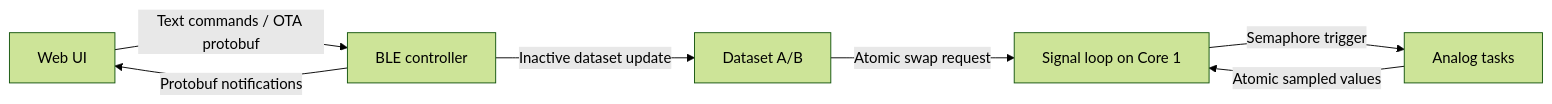
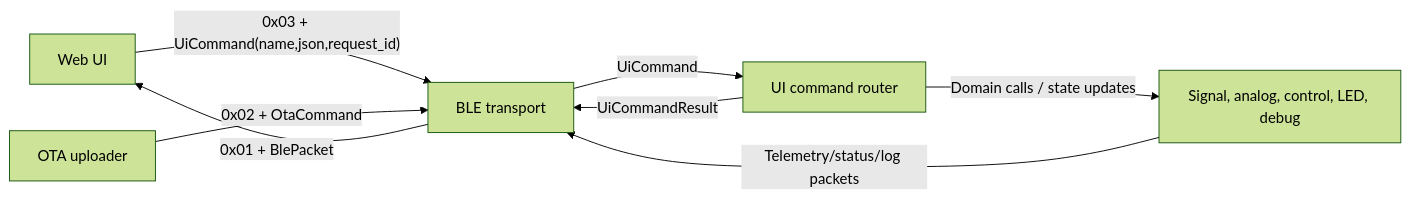
The diagram in embedded/esp32_idf/docs/CODE_DESIGN_ANALYSIS_REPORT.md (danielvie/doutorado), drawn with Mermaid (forest theme) before and after one commit. The commit also changed other lines of this file, not shown here.

````diff
--- a/embedded/esp32_idf/docs/CODE_DESIGN_ANALYSIS_REPORT.md
+++ b/embedded/esp32_idf/docs/CODE_DESIGN_ANALYSIS_REPORT.md
@@ -26,9 +29,10 @@
 ```mermaid
 flowchart LR
-    UI["Web UI"] -->|"Text commands / OTA protobuf"| BLE["BLE controller"]
-    BLE -->|"Inactive dataset update"| DS["Dataset A/B"]
-    DS -->|"Atomic swap request"| SIG["Signal loop on Core 1"]
-    ADC["Analog tasks"] -->|"Atomic sampled values"| SIG
-    SIG -->|"Semaphore trigger"| ADC
-    BLE -->|"Protobuf notifications"| UI
+    UI["Web UI"] -->|"0x03 + UiCommand(name,json,request_id)"| BLE["BLE transport"]
+    OTA["OTA uploader"] -->|"0x02 + OtaCommand"| BLE
+    BLE -->|"UiCommand"| Router["UI command router"]
+    Router -->|"Domain calls / state updates"| Domain["Signal, analog, control, LED, debug"]
+    Router -->|"UiCommandResult"| BLE
+    BLE -->|"0x01 + BlePacket"| UI
+    Domain -->|"Telemetry/status/log packets"| BLE
 ```
````
